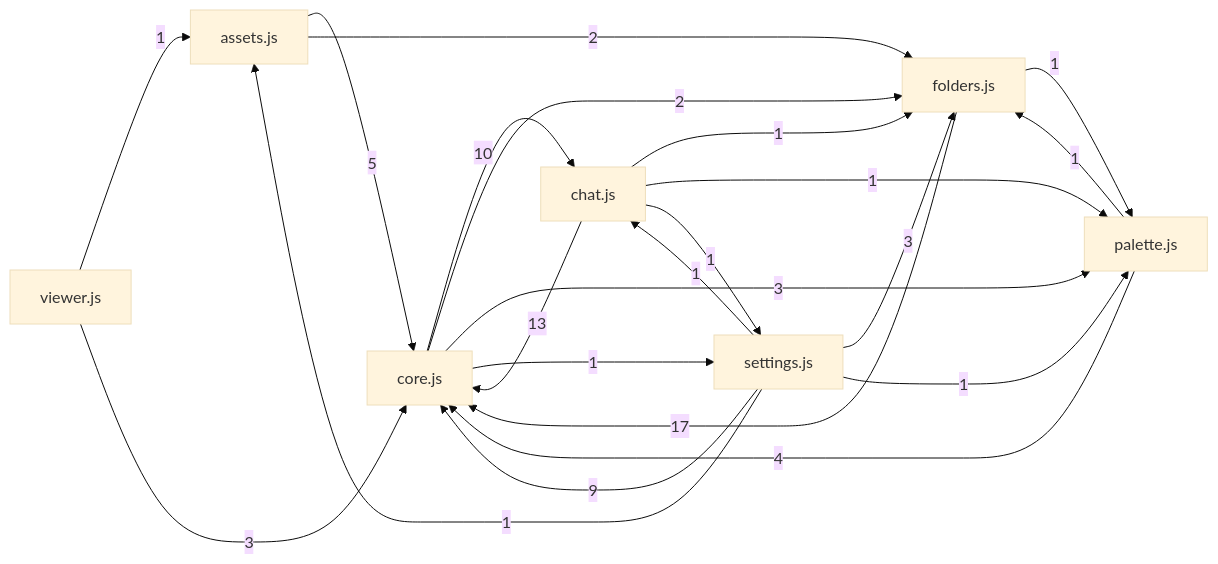
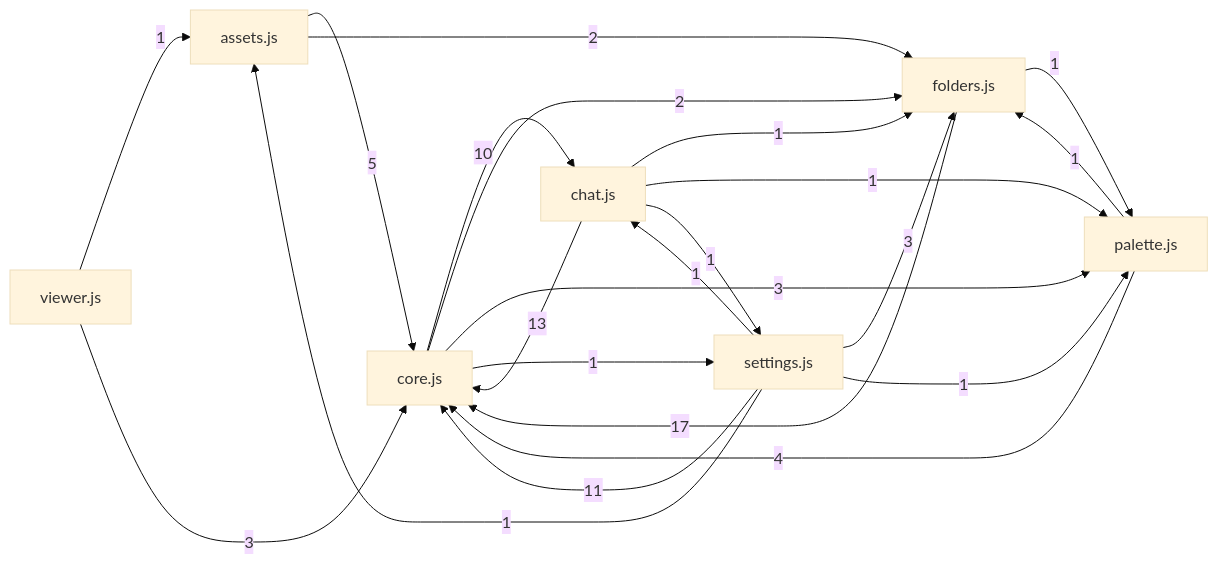
One commit to Zenginby/kromis changed the diagram in docs/graflar/onyuz.md. Above: the diagram before and after it, drawn with Mermaid (base theme). The commit also changed other lines of this file and 32 other files, not shown here.

````diff
--- a/docs/graflar/onyuz.md
+++ b/docs/graflar/onyuz.md
@@ -23,24 +23,24 @@
 ```mermaid
 flowchart LR
   n_assets_js["assets.js"] -->|5| n_core_js["core.js"]
   n_assets_js["assets.js"] -->|2| n_folders_js["folders.js"]
   n_chat_js["chat.js"] -->|13| n_core_js["core.js"]
   n_chat_js["chat.js"] -->|1| n_folders_js["folders.js"]
   n_chat_js["chat.js"] -->|1| n_palette_js["palette.js"]
   n_chat_js["chat.js"] -->|1| n_settings_js["settings.js"]
   n_core_js["core.js"] -->|10| n_chat_js["chat.js"]
   n_core_js["core.js"] -->|2| n_folders_js["folders.js"]
   n_core_js["core.js"] -->|3| n_palette_js["palette.js"]
   n_core_js["core.js"] -->|1| n_settings_js["settings.js"]
   n_folders_js["folders.js"] -->|17| n_core_js["core.js"]
   n_folders_js["folders.js"] -->|1| n_palette_js["palette.js"]
   n_palette_js["palette.js"] -->|4| n_core_js["core.js"]
   n_palette_js["palette.js"] -->|1| n_folders_js["folders.js"]
   n_settings_js["settings.js"] -->|1| n_assets_js["assets.js"]
   n_settings_js["settings.js"] -->|1| n_chat_js["chat.js"]
-  n_settings_js["settings.js"] -->|9| n_core_js["core.js"]
+  n_settings_js["settings.js"] -->|11| n_core_js["core.js"]
   n_settings_js["settings.js"] -->|3| n_folders_js["folders.js"]
   n_settings_js["settings.js"] -->|1| n_palette_js["palette.js"]
   n_viewer_js["viewer.js"] -->|1| n_assets_js["assets.js"]
   n_viewer_js["viewer.js"] -->|3| n_core_js["core.js"]
 ```
````
